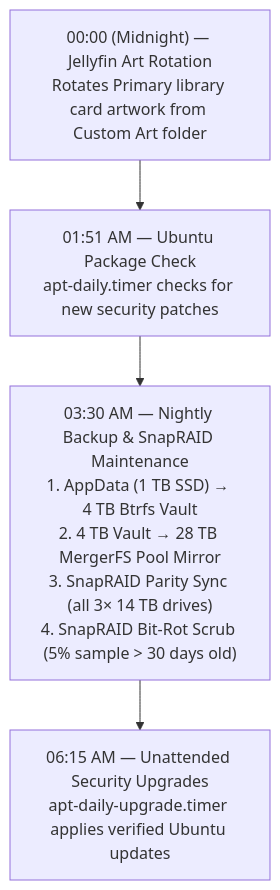
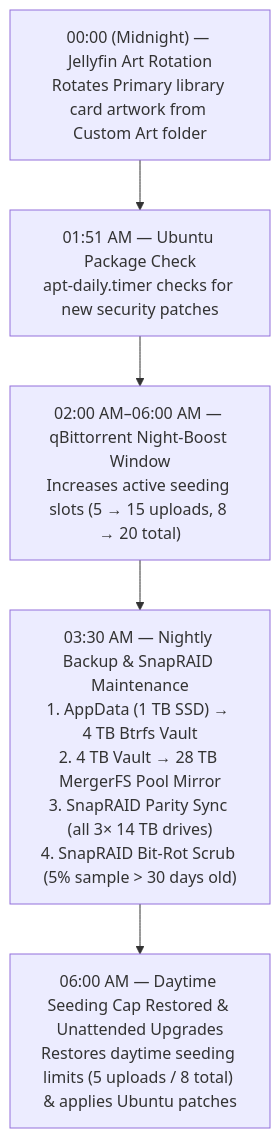
One commit to magrizzly/MageeMedia changed the diagram in docs/SCHEDULES_AND_AUTOMATION.md. Above: the diagram before and after it, drawn with Mermaid. The commit also changed other lines of this file and 1 other file, not shown here.

Commit message:
feat: add qBittorrent smart active-seeding & night-boost manager and update automation docs

````diff
--- a/docs/SCHEDULES_AND_AUTOMATION.md
+++ b/docs/SCHEDULES_AND_AUTOMATION.md
@@ -9,9 +9,10 @@
 ```mermaid
 flowchart TD
     T00["00:00 (Midnight) — Jellyfin Art Rotation<br/>Rotates Primary library card artwork from Custom Art folder"]
     T01["01:51 AM — Ubuntu Package Check<br/>apt-daily.timer checks for new security patches"]
+    T02["02:00 AM–06:00 AM — qBittorrent Night-Boost Window<br/>Increases active seeding slots (5 → 15 uploads, 8 → 20 total)"]
     T03["03:30 AM — Nightly Backup & SnapRAID Maintenance<br/>1. AppData (1 TB SSD) → 4 TB Btrfs Vault<br/>2. 4 TB Vault → 28 TB MergerFS Pool Mirror<br/>3. SnapRAID Parity Sync (all 3× 14 TB drives)<br/>4. SnapRAID Bit-Rot Scrub (5% sample > 30 days old)"]
-    T06["06:15 AM — Unattended Security Upgrades<br/>apt-daily-upgrade.timer applies verified Ubuntu updates"]
+    T06["06:00 AM — Daytime Seeding Cap Restored & Unattended Upgrades<br/>Restores daytime seeding limits (5 uploads / 8 total) & applies Ubuntu patches"]
 
-    T00 --> T01 --> T03 --> T06
+    T00 --> T01 --> T02 --> T03 --> T06
 ```
````
